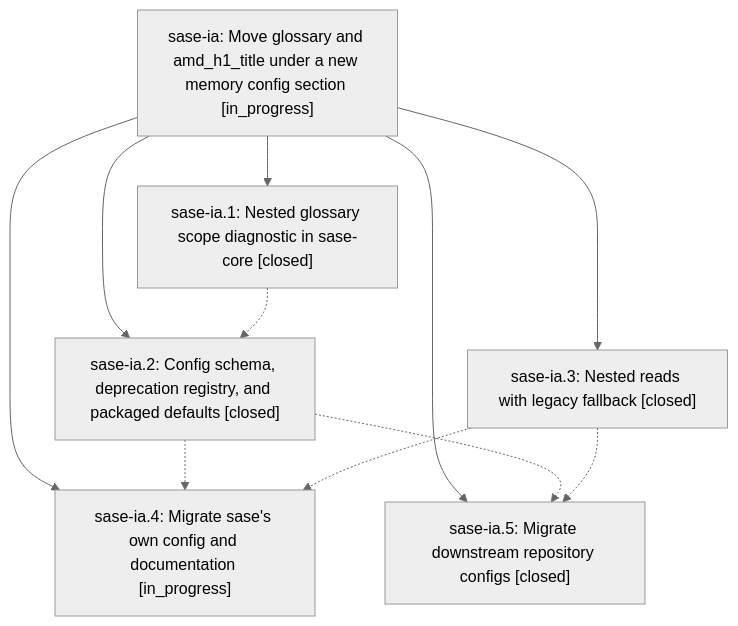
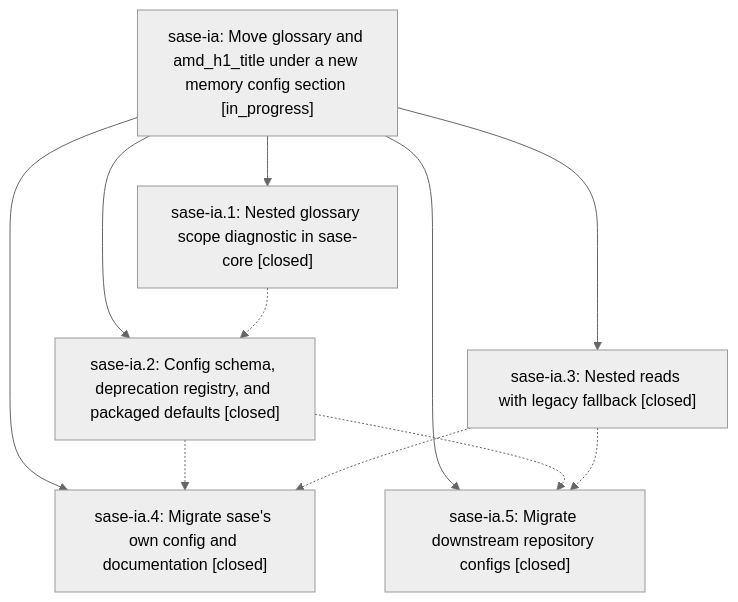
One commit to sase-org/sase--beads changed the diagram in pages/sase-ia/README.md. Above: the diagram before and after it, drawn with Mermaid (neutral theme). The commit also changed other lines of this file and 3 other files, not shown here.

````diff
--- a/pages/sase-ia/README.md
+++ b/pages/sase-ia/README.md
@@ -26,19 +26,19 @@
 ```mermaid
 flowchart TD
     n0["sase-ia: Move glossary and amd_h1_title under a new memory config section [in_progress]"]
     n1["sase-ia.1: Nested glossary scope diagnostic in sase-core [closed]"]
     n2["sase-ia.2: Config schema, deprecation registry, and packaged defaults [closed]"]
     n3["sase-ia.3: Nested reads with legacy fallback [closed]"]
-    n4["sase-ia.4: Migrate sase's own config and documentation [in_progress]"]
+    n4["sase-ia.4: Migrate sase's own config and documentation [closed]"]
     n5["sase-ia.5: Migrate downstream repository configs [closed]"]
     n0 --> n1
     n0 --> n2
     n0 --> n3
     n0 --> n4
     n0 --> n5
     n1 -.-> n2
     n2 -.-> n4
     n2 -.-> n5
     n3 -.-> n4
     n3 -.-> n5
 ```
````
